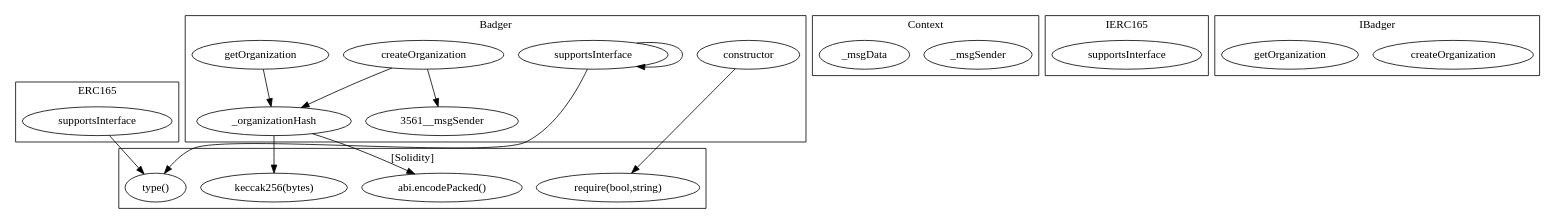
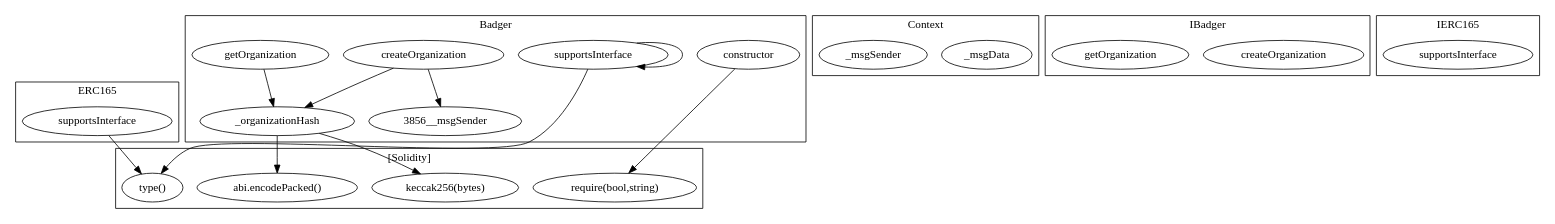
Before and after one commit to FlipsideCrypto/badger: the diagram in contracts/build/...Badger.call-graph.dot, drawn with Graphviz. The commit also changed 110 other files, not shown here.

```diff
--- a/contracts/build/...Badger.call-graph.dot
+++ b/contracts/build/...Badger.call-graph.dot
@@ -1,39 +1,39 @@
 strict digraph {
-subgraph cluster_2786_ERC165 {
+subgraph cluster_3081_ERC165 {
 label = "ERC165"
-"2786_supportsInterface" [label="supportsInterface"]
-}subgraph cluster_2148_Context {
+"3081_supportsInterface" [label="supportsInterface"]
+}subgraph cluster_2443_Context {
 label = "Context"
-"2148__msgSender" [label="_msgSender"]
-"2148__msgData" [label="_msgData"]
-}subgraph cluster_3561_Badger {
+"2443__msgData" [label="_msgData"]
+"2443__msgSender" [label="_msgSender"]
+}subgraph cluster_3856_Badger {
 label = "Badger"
-"3561__organizationHash" [label="_organizationHash"]
-"3561_supportsInterface" [label="supportsInterface"]
-"3561_createOrganization" [label="createOrganization"]
-"3561_getOrganization" [label="getOrganization"]
-"3561_constructor" [label="constructor"]
-"3561_getOrganization" -> "3561__organizationHash"
-"3561_supportsInterface" -> "3561_supportsInterface"
-"3561_createOrganization" -> "3561__organizationHash"
-"3561_createOrganization" -> "3561__msgSender"
-}subgraph cluster_2798_IERC165 {
+"3856_createOrganization" [label="createOrganization"]
+"3856_supportsInterface" [label="supportsInterface"]
+"3856_constructor" [label="constructor"]
+"3856__organizationHash" [label="_organizationHash"]
+"3856_getOrganization" [label="getOrganization"]
+"3856_supportsInterface" -> "3856_supportsInterface"
+"3856_getOrganization" -> "3856__organizationHash"
+"3856_createOrganization" -> "3856__msgSender"
+"3856_createOrganization" -> "3856__organizationHash"
+}subgraph cluster_6452_IBadger {
+label = "IBadger"
+"6452_createOrganization" [label="createOrganization"]
+"6452_getOrganization" [label="getOrganization"]
+}subgraph cluster_3093_IERC165 {
 label = "IERC165"
-"2798_supportsInterface" [label="supportsInterface"]
-}subgraph cluster_6070_IBadger {
-label = "IBadger"
-"6070_createOrganization" [label="createOrganization"]
-"6070_getOrganization" [label="getOrganization"]
+"3093_supportsInterface" [label="supportsInterface"]
 }subgraph cluster_solidity {
 label = "[Solidity]"
-"keccak256(bytes)" 
-"type()" 
 "abi.encodePacked()" 
 "require(bool,string)" 
-"3561__organizationHash" -> "keccak256(bytes)"
-"2786_supportsInterface" -> "type()"
-"3561_constructor" -> "require(bool,string)"
-"3561__organizationHash" -> "abi.encodePacked()"
-"3561_supportsInterface" -> "type()"
+"type()" 
+"keccak256(bytes)" 
+"3856__organizationHash" -> "keccak256(bytes)"
+"3081_supportsInterface" -> "type()"
+"3856_supportsInterface" -> "type()"
+"3856_constructor" -> "require(bool,string)"
+"3856__organizationHash" -> "abi.encodePacked()"
 }
 }
```
